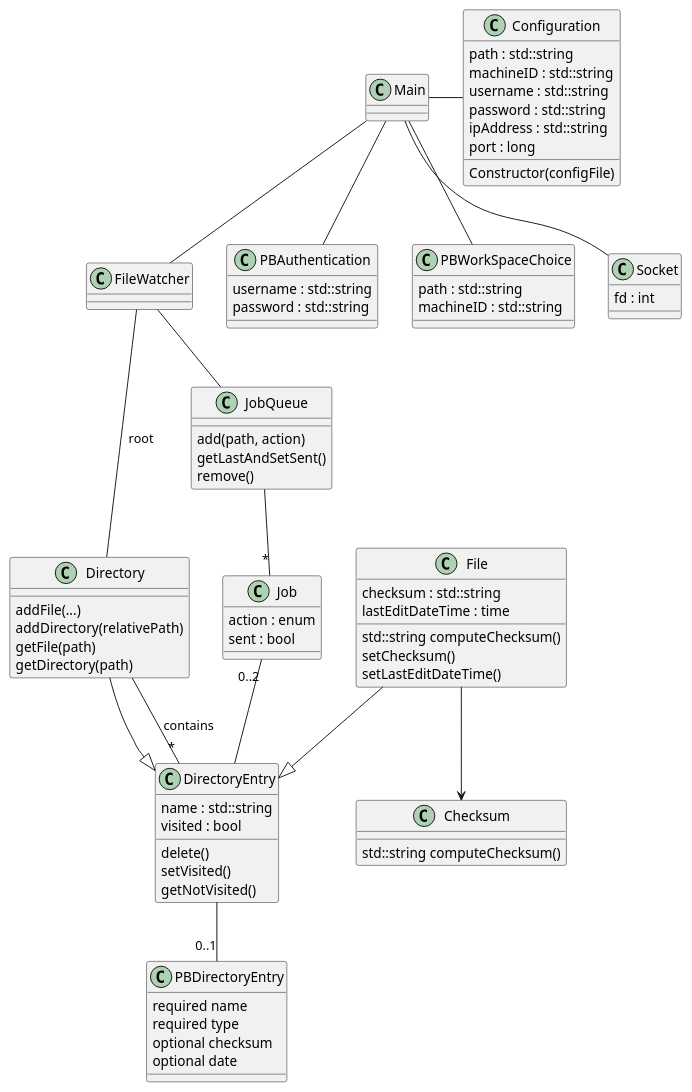
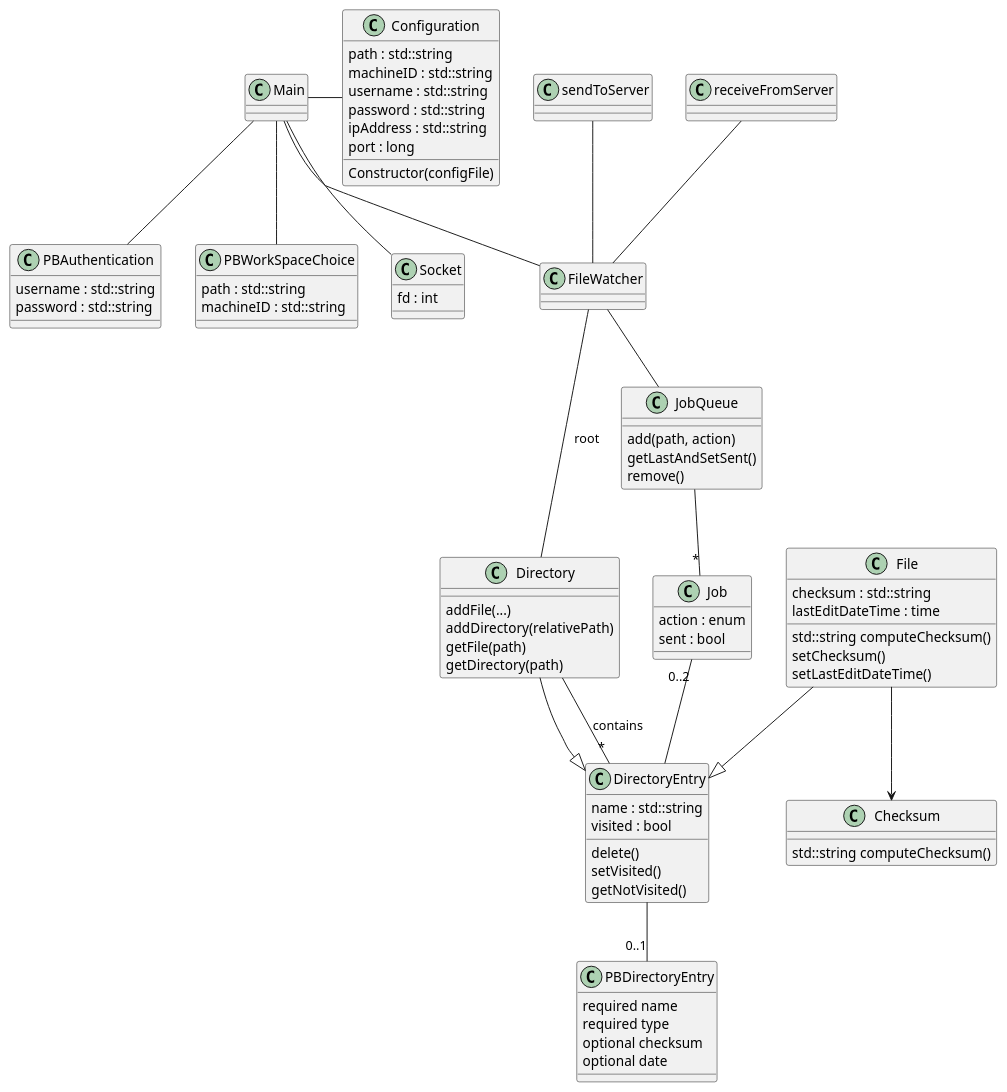
The second of 4 diagrams in README.md (matteoborzi/pds-progetto), drawn with PlantUML before and after one commit. The commit also changed other lines of this file, not shown here.

```diff
--- a/README.md
+++ b/README.md
@@ -97,7 +97,8 @@
 
 }
 
-
+class sendToServer{}
+class receiveFromServer{}
 
 class Socket{
     fd : int
@@ -107,6 +108,8 @@
 Main -- PBAuthentication
 Main -- PBWorkSpaceChoice
 Main -- Socket
+receiveFromServer -- FileWatcher
+sendToServer -- FileWatcher
 FileWatcher -- JobQueue
 
 class DirectoryEntry{
```
